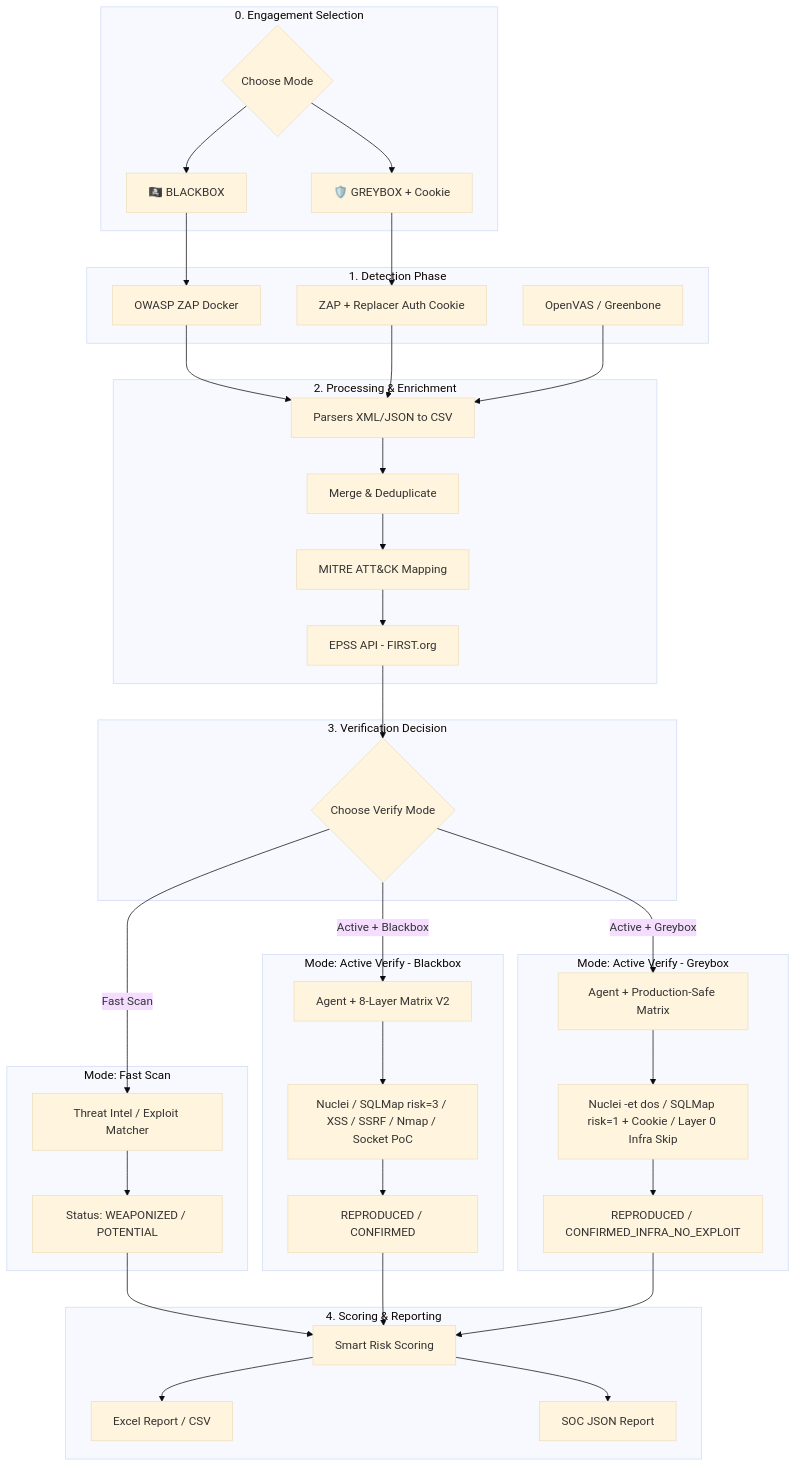
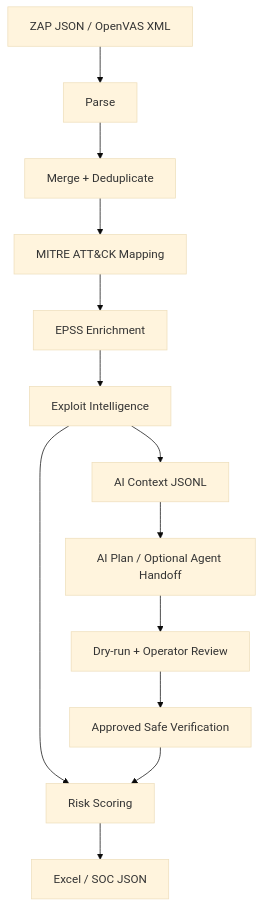
Before and after one commit to Tc3s/tool-scan-pipeline-security: the diagram in docs/README.md, drawn with Mermaid (base theme). The commit also changed other lines of this file and 36 other files, not shown here.

````diff
--- a/docs/README.md
+++ b/docs/README.md
@@ -120,85 +166,15 @@
 ```mermaid
 graph TD
-
-subgraph Phase_0_Engagement ["0. Engagement Selection"]
-    MODE{"Choose Mode"}
-    BB["🏴‍☠️ BLACKBOX"]
-    GB["🛡️ GREYBOX + Cookie"]
-end
-
-subgraph Phase_1_Detection ["1. Detection Phase"]
-    ZAP["OWASP ZAP Docker"]
-    ZAP_AUTH["ZAP + Replacer Auth Cookie"]
-    GVM["OpenVAS / Greenbone"]
-end
-
-subgraph Phase_2_Processing ["2. Processing & Enrichment"]
-    PARSERS["Parsers XML/JSON to CSV"]
-    MERGE["Merge & Deduplicate"]
-    MAP["MITRE ATT&CK Mapping"]
-    EPSS["EPSS API - FIRST.org"]
-end
-
-subgraph Phase_3_Decision ["3. Verification Decision"]
-    CHOICE{"Choose Verify Mode"}
-end
-
-subgraph Mode_Fast ["Mode: Fast Scan"]
-    EXPLOIT["Threat Intel / Exploit Matcher"]
-    FS_OUT["Status: WEAPONIZED / POTENTIAL"]
-end
-
-subgraph Mode_Active_BB ["Mode: Active Verify - Blackbox"]
-    AGENT_BB["Agent + 8-Layer Matrix V2"]
-    TOOLS_BB["Nuclei / SQLMap risk=3 / XSS / SSRF / Nmap / Socket PoC"]
-    AV_BB_OUT["REPRODUCED / CONFIRMED"]
-end
-
-subgraph Mode_Active_GB ["Mode: Active Verify - Greybox"]
-    AGENT_GB["Agent + Production-Safe Matrix"]
-    TOOLS_GB["Nuclei -et dos / SQLMap risk=1 + Cookie / Layer 0 Infra Skip"]
-    AV_GB_OUT["REPRODUCED / CONFIRMED_INFRA_NO_EXPLOIT"]
-end
-
-subgraph Phase_4_Reporting ["4. Scoring & Reporting"]
-    SCORE["Smart Risk Scoring"]
-    EXCEL["Excel Report / CSV"]
-    SOC["SOC JSON Report"]
-end
-
-%% Luồng Engagement
-MODE --> BB
-MODE --> GB
-BB --> ZAP
-GB --> ZAP_AUTH
-ZAP --> PARSERS
-ZAP_AUTH --> PARSERS
-GVM --> PARSERS
-
-%% Processing
-PARSERS --> MERGE
-MERGE --> MAP
-MAP --> EPSS
-EPSS --> CHOICE
-
-%% Fast Scan
-CHOICE -- "Fast Scan" --> EXPLOIT
-EXPLOIT --> FS_OUT
-FS_OUT --> SCORE
-
-%% Active - Blackbox
-CHOICE -- "Active + Blackbox" --> AGENT_BB
-AGENT_BB --> TOOLS_BB
-TOOLS_BB --> AV_BB_OUT
-AV_BB_OUT --> SCORE
-
-%% Active - Greybox
-CHOICE -- "Active + Greybox" --> AGENT_GB
-AGENT_GB --> TOOLS_GB
-TOOLS_GB --> AV_GB_OUT
-AV_GB_OUT --> SCORE
-
-%% Reporting
-SCORE --> EXCEL
-SCORE --> SOC
+    RAW["ZAP JSON / OpenVAS XML"] --> PARSE["Parse"]
+    PARSE --> MERGE["Merge + Deduplicate"]
+    MERGE --> MAP["MITRE ATT&CK Mapping"]
+    MAP --> EPSS["EPSS Enrichment"]
+    EPSS --> INTEL["Exploit Intelligence"]
+    INTEL --> RISK["Risk Scoring"]
+    INTEL --> AICTX["AI Context JSONL"]
+    AICTX --> PLAN["AI Plan / Optional Agent Handoff"]
+    PLAN --> REVIEW["Dry-run + Operator Review"]
+    REVIEW --> VERIFY["Approved Safe Verification"]
+    VERIFY --> RISK
+    RISK --> REPORTS["Excel / SOC JSON"]
 ```
````
